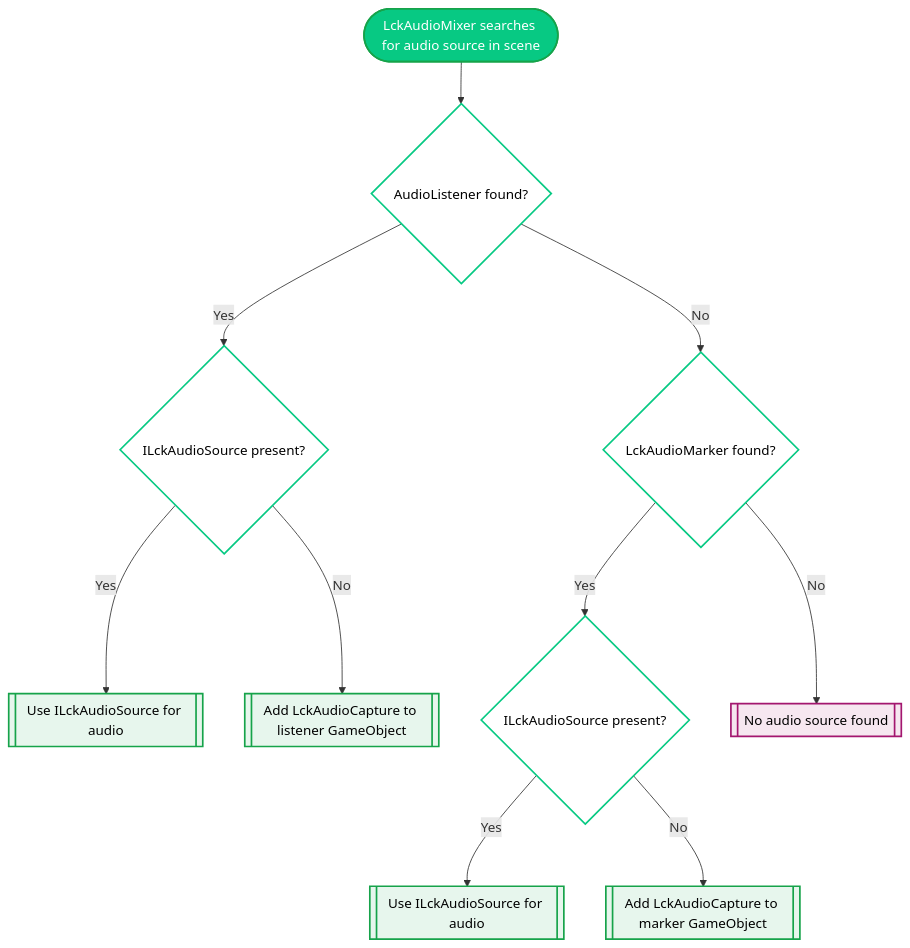
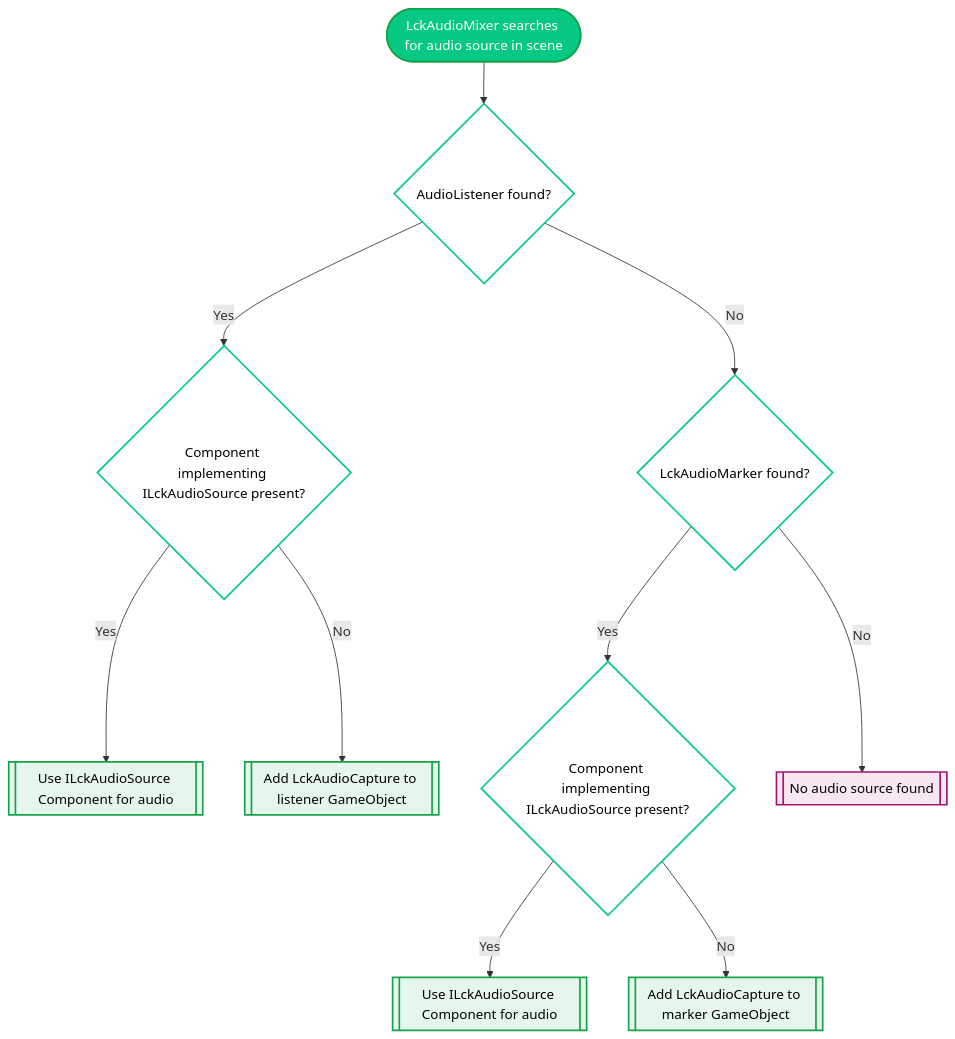
Before and after one commit to freydog-liv/docs: the diagram in customisation/audio.mdx, drawn with Mermaid.

Commit message:
Documentation edits made through Mintlify web editor

````diff
--- a/customisation/audio.mdx
+++ b/customisation/audio.mdx
@@ -13,29 +13,29 @@
 ```mermaid
 flowchart TD
     A([LckAudioMixer searches for audio source in scene]) --> B{AudioListener found?}
 
-    B -->|Yes| C{ILckAudioSource present?}
-    C -->|Yes| D[[Use ILckAudioSource for audio]]
+    B -->|Yes| C{Component implementing ILckAudioSource present?}
+    C -->|Yes| D[[Use ILckAudioSource Component for audio]]
     C -->|No| E[[Add LckAudioCapture to listener GameObject]]
 
     B -->|No| F{LckAudioMarker found?}
-    F -->|Yes| G{ILckAudioSource present?}
-    G -->|Yes| H[[Use ILckAudioSource for audio]]
+    F -->|Yes| G{Component implementing ILckAudioSource present?}
+    G -->|Yes| H[[Use ILckAudioSource Component for audio]]
     G -->|No| I[[Add LckAudioCapture to marker GameObject]]
 
     F -->|No| J[[No audio source found]]
 
 
              %% Styling - Rounded nodes
     style A fill:#07C983,stroke:#16A34A,stroke-width:2px,color:#FFFFFF,rx:15,ry:15
     style B fill:#FFFFFF,stroke:#07C983,stroke-width:2px,color:#000000,rx:15,ry:15
     style C fill:#FFFFFF,stroke:#07C983,stroke-width:2px,color:#000000,rx:15,ry:15
     style F fill:#FFFFFF,stroke:#07C983,stroke-width:2px,color:#000000,rx:15,ry:15
     style G fill:#FFFFFF,stroke:#07C983,stroke-width:2px,color:#000000,rx:15,ry:15
 
     style D fill:#E7F6ED,stroke:#16A34A,stroke-width:2px,color:#000000,rx:15,ry:15
     style E fill:#E7F6ED,stroke:#16A34A,stroke-width:2px,color:#000000,rx:15,ry:15
     style H fill:#E7F6ED,stroke:#16A34A,stroke-width:2px,color:#000000,rx:15,ry:15
     style I fill:#E7F6ED,stroke:#16A34A,stroke-width:2px,color:#000000,rx:15,ry:15
     style J fill:#F6E7F0,stroke:#A3166F,stroke-width:2px,color:#000000,rx:15,ry:15
 ```
````
